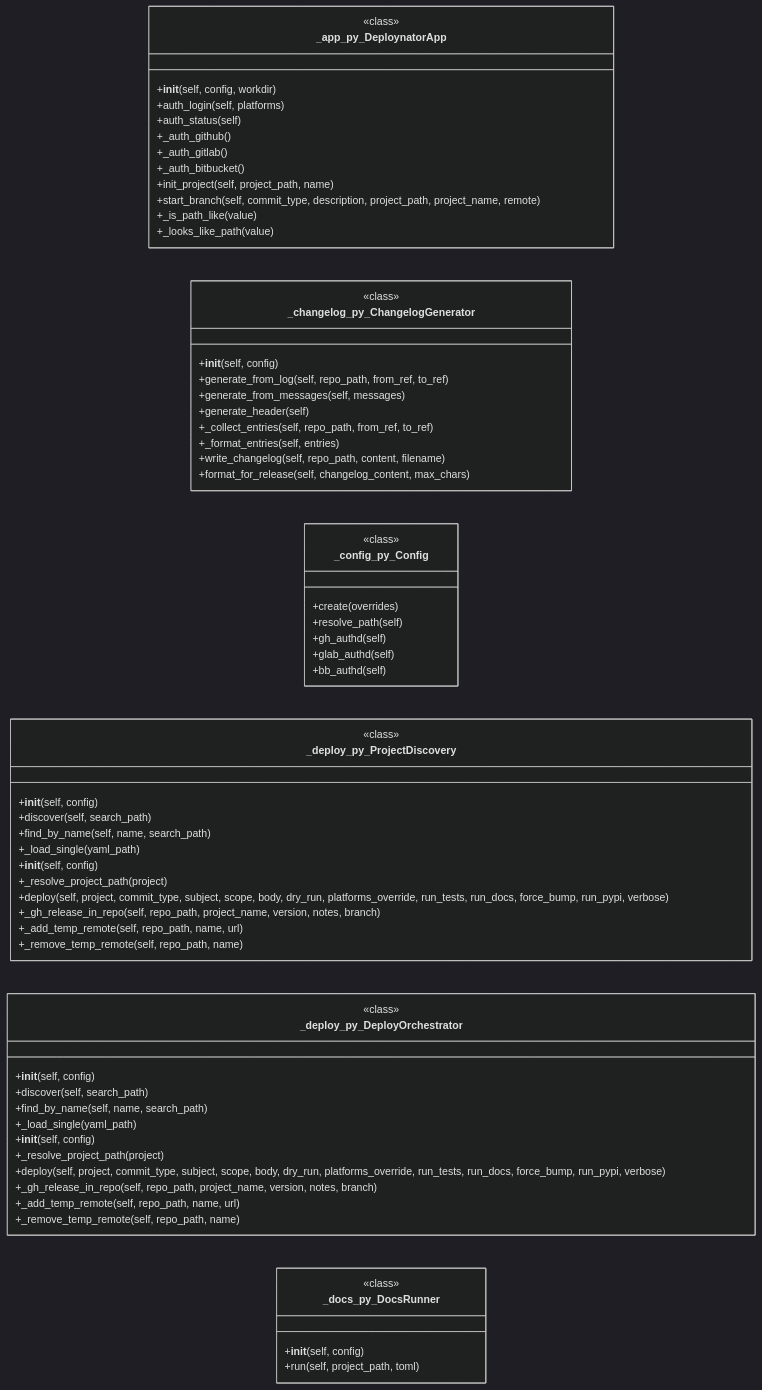
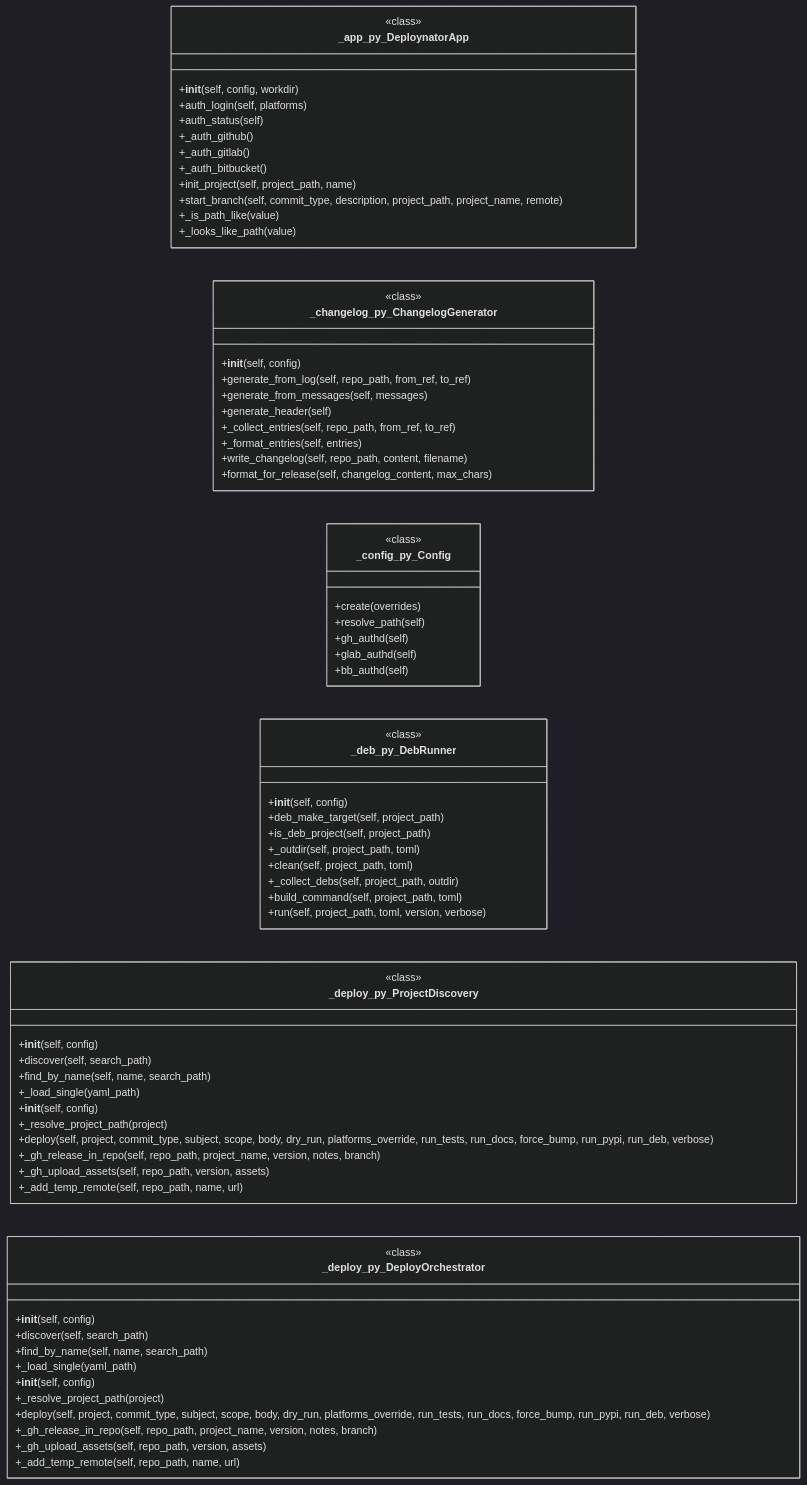
Diagram 11 of 20 in KNOWLEDGE_BASE.md (grisuno/deploynator), drawn with Mermaid (dark theme) before and after one commit. The commit also changed other lines of this file and 120 other files, not shown here.

First line of the commit message:
test(module): testing makeing automated deb package with deploy

````diff
--- a/KNOWLEDGE_BASE.md
+++ b/KNOWLEDGE_BASE.md
@@ -1350,67 +1361,73 @@
 ```mermaid
 classDiagram
   direction LR
   class _app_py_DeploynatorApp {
     <<class>>
     +__init__(self, config, workdir)
     +auth_login(self, platforms)
     +auth_status(self)
     +_auth_github()
     +_auth_gitlab()
     +_auth_bitbucket()
     +init_project(self, project_path, name)
     +start_branch(self, commit_type, description, project_path, project_name, remote)
     +_is_path_like(value)
     +_looks_like_path(value)
   }
   class _changelog_py_ChangelogGenerator {
     <<class>>
     +__init__(self, config)
     +generate_from_log(self, repo_path, from_ref, to_ref)
     +generate_from_messages(self, messages)
     +generate_header(self)
     +_collect_entries(self, repo_path, from_ref, to_ref)
     +_format_entries(self, entries)
     +write_changelog(self, repo_path, content, filename)
     +format_for_release(self, changelog_content, max_chars)
   }
   class _config_py_Config {
     <<class>>
     +create(overrides)
     +resolve_path(self)
     +gh_authd(self)
     +glab_authd(self)
     +bb_authd(self)
   }
+  class _deb_py_DebRunner {
+    <<class>>
+    +__init__(self, config)
+    +deb_make_target(self, project_path)
+    +is_deb_project(self, project_path)
+    +_outdir(self, project_path, toml)
+    +clean(self, project_path, toml)
+    +_collect_debs(self, project_path, outdir)
+    +build_command(self, project_path, toml)
+    +run(self, project_path, toml, version, verbose)
+  }
   class _deploy_py_ProjectDiscovery {
     <<class>>
     +__init__(self, config)
     +discover(self, search_path)
     +find_by_name(self, name, search_path)
     +_load_single(yaml_path)
     +__init__(self, config)
     +_resolve_project_path(project)
-    +deploy(self, project, commit_type, subject, scope, body, dry_run, platforms_override, run_tests, run_docs, force_bump, run_pypi, verbose)
+    +deploy(self, project, commit_type, subject, scope, body, dry_run, platforms_override, run_tests, run_docs, force_bump, run_pypi, run_deb, verbose)
     +_gh_release_in_repo(self, repo_path, project_name, version, notes, branch)
+    +_gh_upload_assets(self, repo_path, version, assets)
     +_add_temp_remote(self, repo_path, name, url)
-    +_remove_temp_remote(self, repo_path, name)
   }
   class _deploy_py_DeployOrchestrator {
     <<class>>
     +__init__(self, config)
     +discover(self, search_path)
     +find_by_name(self, name, search_path)
     +_load_single(yaml_path)
     +__init__(self, config)
     +_resolve_project_path(project)
-    +deploy(self, project, commit_type, subject, scope, body, dry_run, platforms_override, run_tests, run_docs, force_bump, run_pypi, verbose)
+    +deploy(self, project, commit_type, subject, scope, body, dry_run, platforms_override, run_tests, run_docs, force_bump, run_pypi, run_deb, verbose)
     +_gh_release_in_repo(self, repo_path, project_name, version, notes, branch)
+    +_gh_upload_assets(self, repo_path, version, assets)
     +_add_temp_remote(self, repo_path, name, url)
-    +_remove_temp_remote(self, repo_path, name)
-  }
-  class _docs_py_DocsRunner {
-    <<class>>
-    +__init__(self, config)
-    +run(self, project_path, toml)
   }
 ```
````
